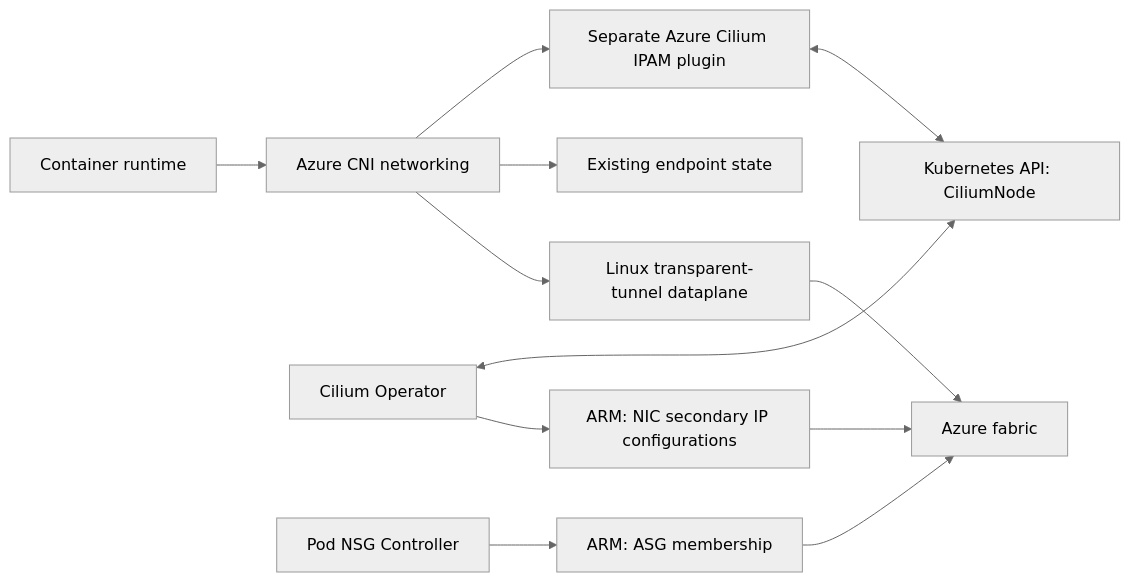
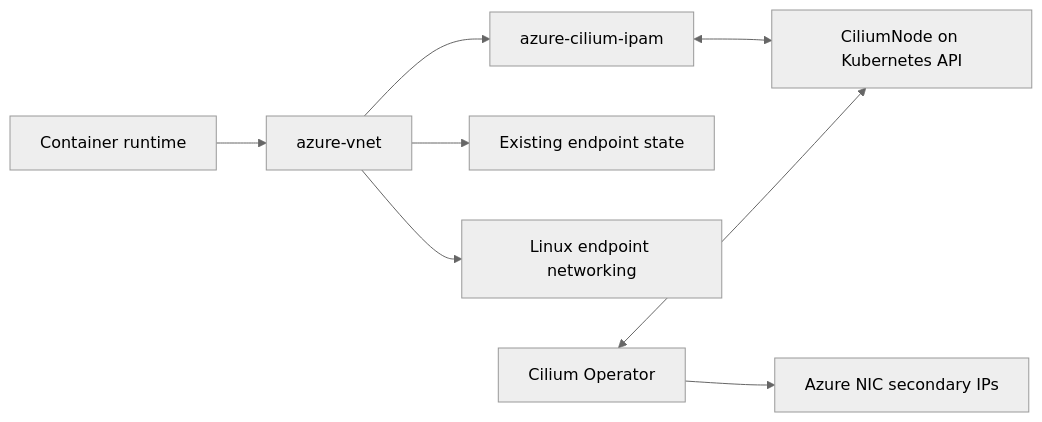
One commit to Azure/azure-container-networking changed the first of 9 diagrams in docs/cilium-operator-ipam.md. Above: the diagram before and after it, drawn with Mermaid (neutral theme). The commit also changed other lines of this file, not shown here.

First line of the commit message:
Refocus the Cilium IPAM lifecycle proposal

````diff
--- a/docs/cilium-operator-ipam.md
+++ b/docs/cilium-operator-ipam.md
@@ -166,14 +16,10 @@
 ```mermaid
 flowchart LR
-    R[Container runtime] --> C[Azure CNI networking]
-    C --> I[Separate Azure Cilium IPAM plugin]
+    R[Container runtime] --> C[azure-vnet]
+    C --> I[azure-cilium-ipam]
     C --> E[Existing endpoint state]
-    I <--> K[Kubernetes API: CiliumNode]
+    C --> L[Linux endpoint networking]
+    I <--> K[CiliumNode on Kubernetes API]
     O[Cilium Operator] <--> K
-    O --> A[ARM: NIC secondary IP configurations]
-    A --> F[Azure fabric]
-    C --> L[Linux transparent-tunnel dataplane]
-    L --> F
-    P[Pod NSG Controller] --> G[ARM: ASG membership]
-    G --> F
+    O --> A[Azure NIC secondary IPs]
 ```
````
